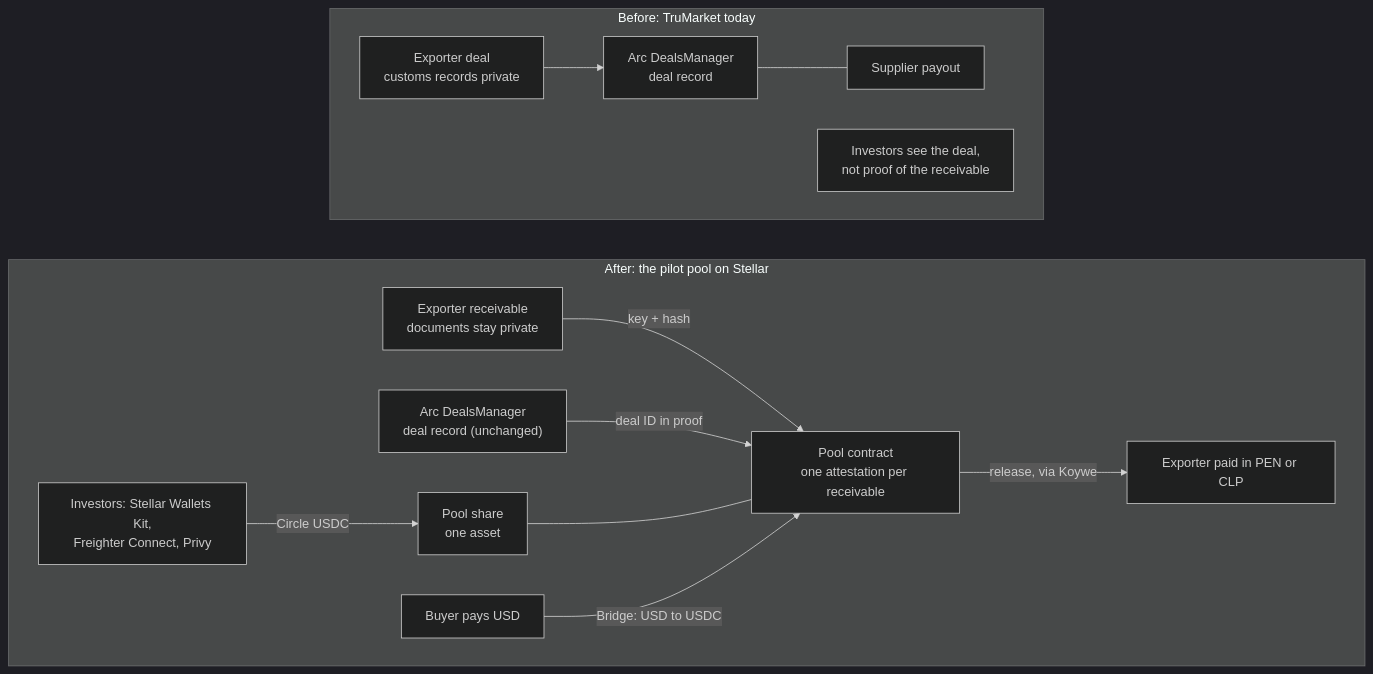
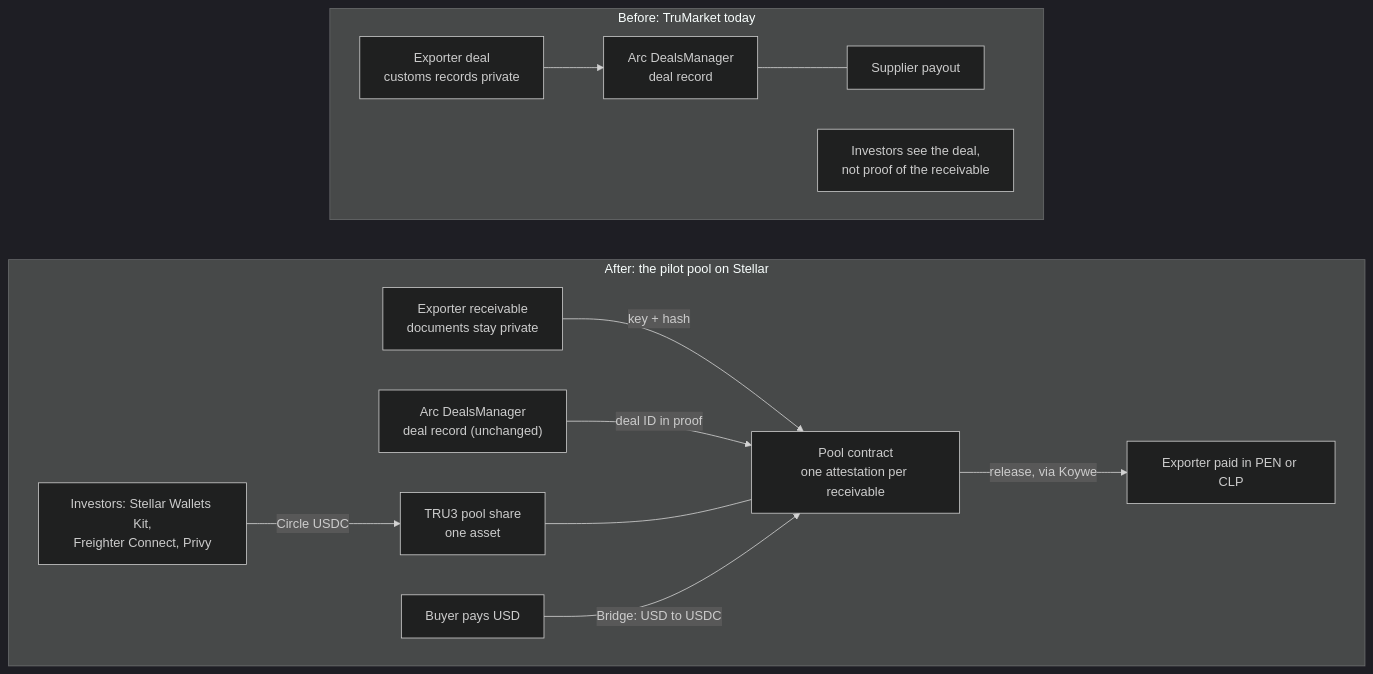
Before and after one commit to AgroSmart-Contracts/Proof-Of-Trading: the diagram in docs/figures/integration-before-after.mmd, drawn with Mermaid (dark theme). The commit also changed 12 other files, not shown here.

Commit message:
docs: name the pool share TRU3 (1 TRU3 = USD 1, issued by the receivables-portfolio SPV); indexer named only as an indexer or history archive

```diff
--- a/docs/figures/integration-before-after.mmd
+++ b/docs/figures/integration-before-after.mmd
@@ -1,20 +1,20 @@
 %% TruMarket today vs. the pilot on Stellar (planned; nothing in production uses Stellar yet)
 flowchart TB
   subgraph BEFORE["Before: TruMarket today"]
     direction LR
     B1["Exporter deal<br/>customs records private"] --> B2["Arc DealsManager<br/>deal record"]
     B2 --- B4["Supplier payout"]
     B5["Investors see the deal,<br/>not proof of the receivable"]
   end
 
   subgraph AFTER["After: the pilot pool on Stellar"]
     direction LR
     A1["Exporter receivable<br/>documents stay private"] -- "key + hash" --> A3["Pool contract<br/>one attestation per receivable"]
     A2["Arc DealsManager<br/>deal record (unchanged)"] -- "deal ID in proof" --> A3
-    A9["Investors: Stellar Wallets Kit,<br/>Freighter Connect, Privy"] -- "Circle USDC" --> A4["Pool share<br/>one asset"]
+    A9["Investors: Stellar Wallets Kit,<br/>Freighter Connect, Privy"] -- "Circle USDC" --> A4["TRU3 pool share<br/>one asset"]
     A4 --- A3
     A3 -- "release, via Koywe" --> A6["Exporter paid in PEN or CLP"]
     A7["Buyer pays USD"] -- "Bridge: USD to USDC" --> A3
   end
 
   BEFORE ~~~ AFTER
```
